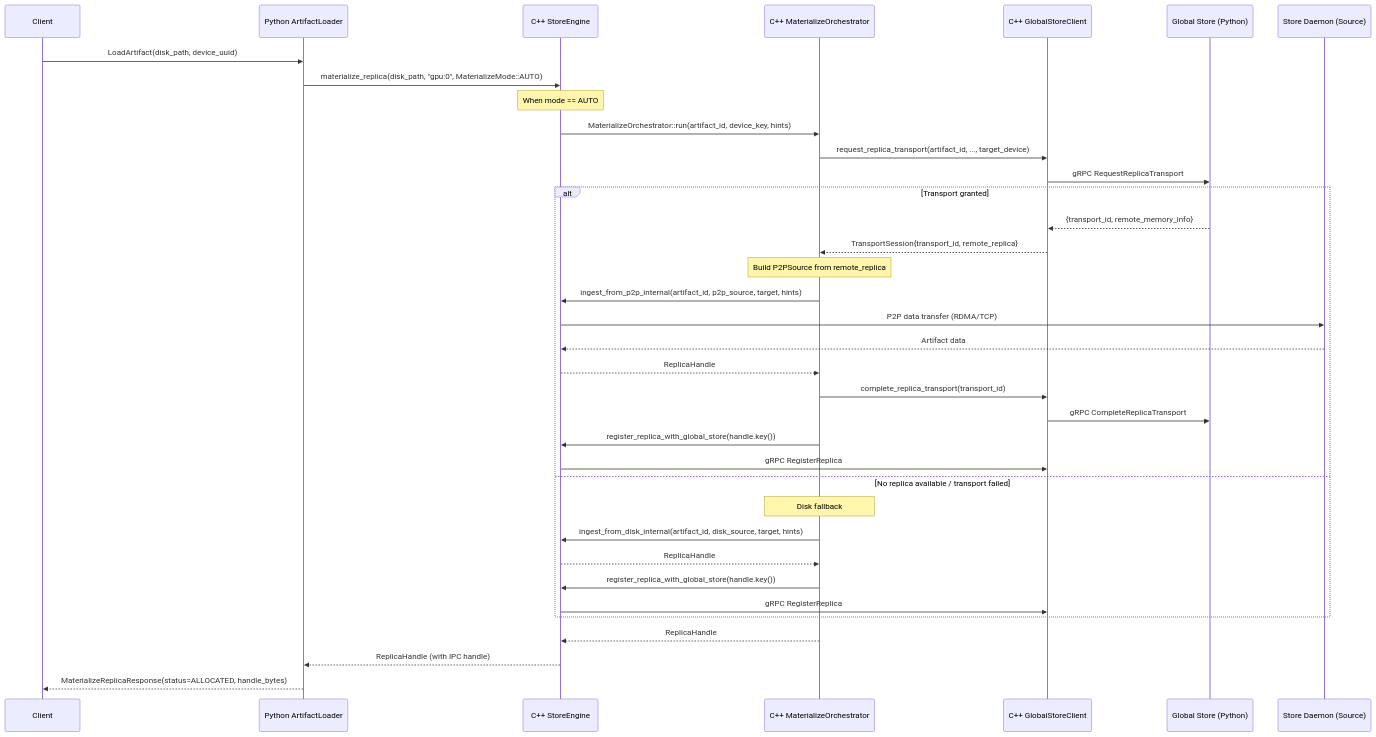
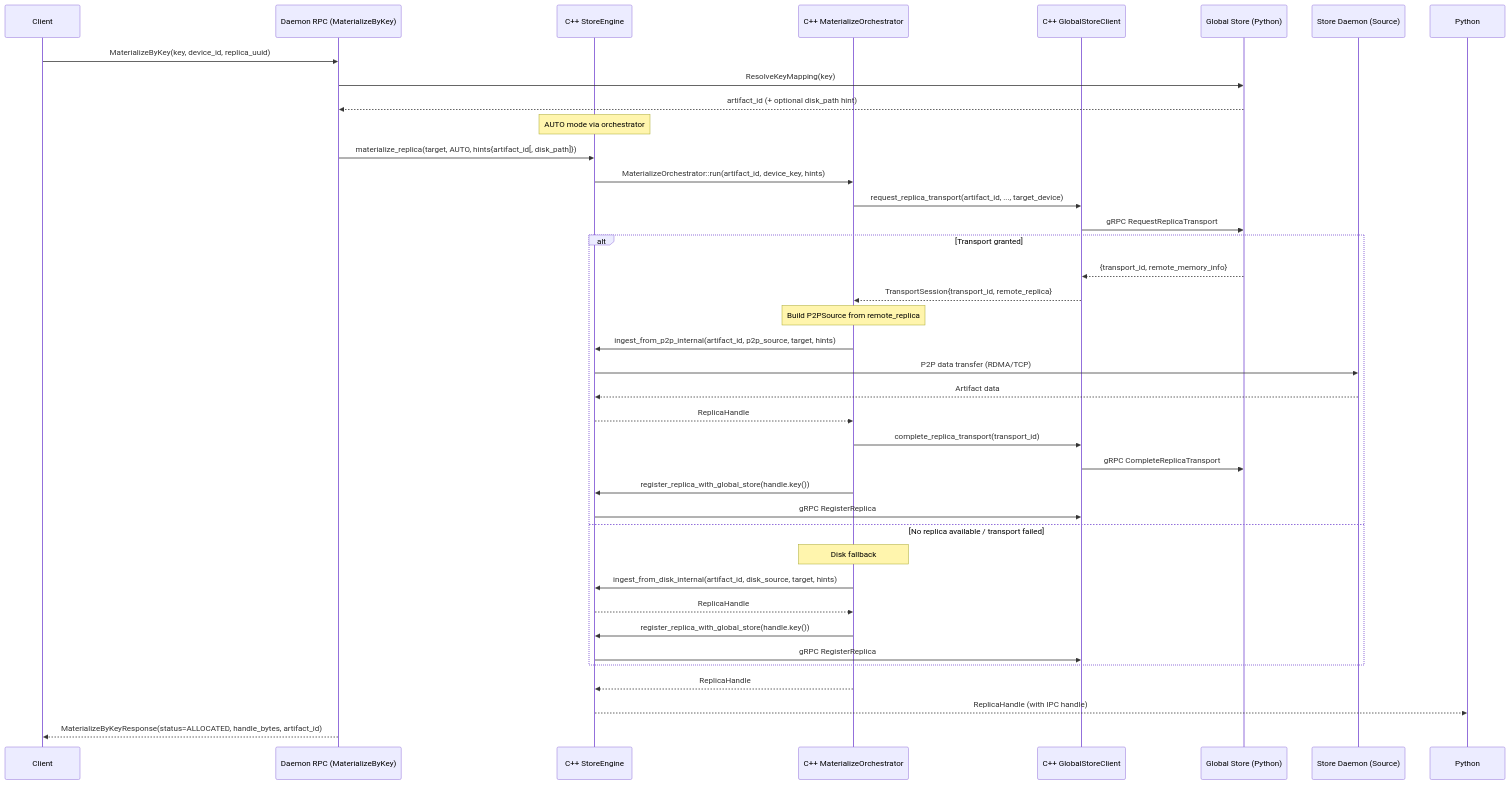
Before and after one commit to tensorcast-ai/tensorcast: the second of 2 diagrams in docs/architecture/p2p-transfer-strategies.md, drawn with Mermaid. The commit also changed other lines of this file and 22 other files, not shown here.

Commit message:
feat: add support for key-based artifact

````diff
--- a/docs/architecture/p2p-transfer-strategies.md
+++ b/docs/architecture/p2p-transfer-strategies.md
@@ -176,50 +176,52 @@
 ```mermaid
 sequenceDiagram
     participant Client
-    participant Python as Python ArtifactLoader
+    participant RPC as Daemon RPC (MaterializeByKey)
     participant CS as C++ StoreEngine
     participant PO as C++ MaterializeOrchestrator
     participant GSC as C++ GlobalStoreClient
     participant GS as Global Store (Python)
     participant SD_Source as Store Daemon (Source)
 
-    Client->>Python: LoadArtifact(disk_path, device_uuid)
-    Python->>CS: materialize_replica(disk_path, "gpu:0", MaterializeMode::AUTO)
+    Client->>RPC: MaterializeByKey(key, device_id, replica_uuid)
+    RPC->>GS: ResolveKeyMapping(key)
+    GS-->>RPC: artifact_id (+ optional disk_path hint)
 
-    Note over CS: When mode == AUTO
+    Note over CS: AUTO mode via orchestrator
+    RPC->>CS: materialize_replica(target, AUTO, hints{artifact_id[, disk_path]})
     CS->>PO: MaterializeOrchestrator::run(artifact_id, device_key, hints)
 
     %% --- P2P transfer attempt ------------------------------------------------
     PO->>GSC: request_replica_transport(artifact_id, ..., target_device)
     GSC->>GS: gRPC RequestReplicaTransport
 
     alt Transport granted
         GS-->>GSC: {transport_id, remote_memory_info}
         GSC-->>PO: TransportSession{transport_id, remote_replica}
 
         Note over PO: Build P2PSource from remote_replica
         PO->>CS: ingest_from_p2p_internal(artifact_id, p2p_source, target, hints)
 
         CS->>SD_Source: P2P data transfer (RDMA/TCP)
         SD_Source-->>CS: Artifact data
 
         CS-->>PO: ReplicaHandle
 
         PO->>GSC: complete_replica_transport(transport_id)
         GSC->>GS: gRPC CompleteReplicaTransport
 
         PO->>CS: register_replica_with_global_store(handle.key())
         CS->>GSC: gRPC RegisterReplica
     else No replica available / transport failed
         Note over PO: Disk fallback
         PO->>CS: ingest_from_disk_internal(artifact_id, disk_source, target, hints)
         CS-->>PO: ReplicaHandle
 
         PO->>CS: register_replica_with_global_store(handle.key())
         CS->>GSC: gRPC RegisterReplica
     end
 
     PO-->>CS: ReplicaHandle
     CS-->>Python: ReplicaHandle (with IPC handle)
-    Python-->>Client: MaterializeReplicaResponse(status=ALLOCATED, handle_bytes)
+    RPC-->>Client: MaterializeByKeyResponse(status=ALLOCATED, handle_bytes, artifact_id)
 ```
````
